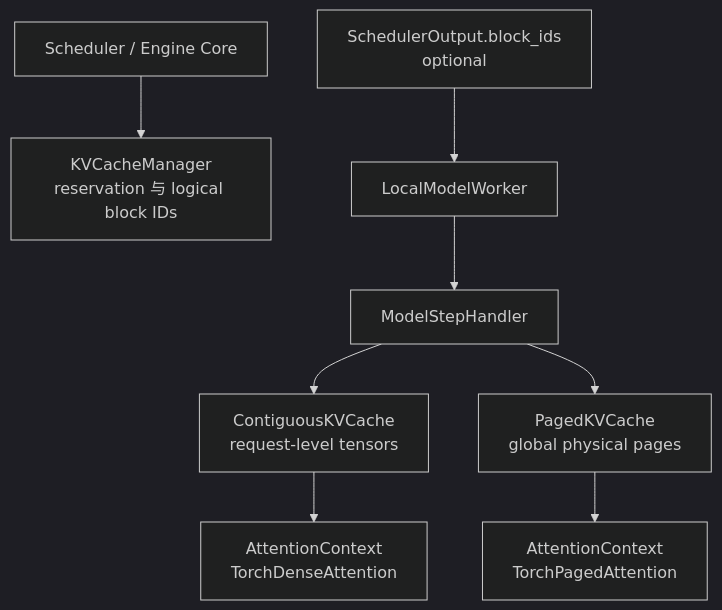
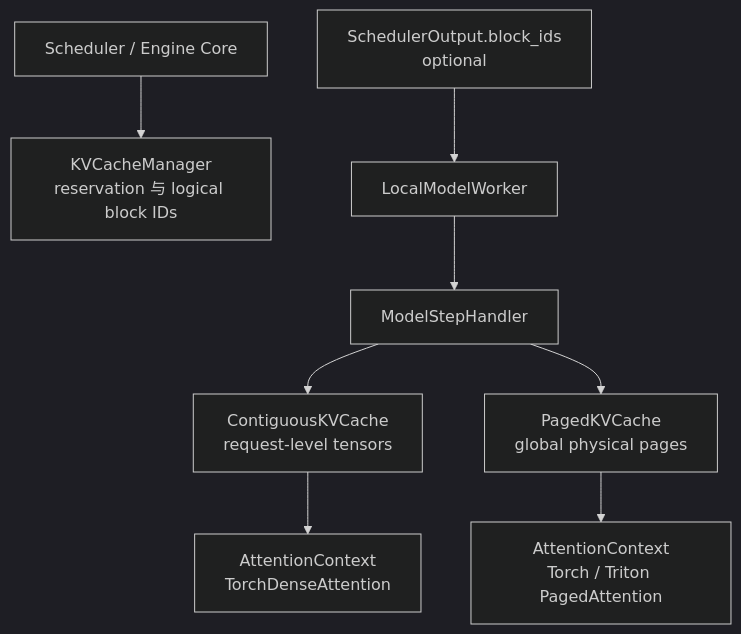
Before and after one commit to poorpaper/light-vllm: the second of 3 diagrams in docs/architecture.md, drawn with Mermaid (dark theme). The commit also changed other lines of this file and 3 other files, not shown here.

Commit message:
docs: describe optional Triton attention backend

````diff
--- a/docs/architecture.md
+++ b/docs/architecture.md
@@ -147,10 +148,10 @@
 ```mermaid
 flowchart TB
     Scheduler["Scheduler / Engine Core"] --> Logical["KVCacheManager<br/>reservation 与 logical block IDs"]
     Output["SchedulerOutput.block_ids<br/>optional"] --> Worker["LocalModelWorker"]
     Worker --> Step["ModelStepHandler"]
     Step --> Contiguous["ContiguousKVCache<br/>request-level tensors"]
     Step --> Paged["PagedKVCache<br/>global physical pages"]
     Contiguous --> Dense["AttentionContext<br/>TorchDenseAttention"]
-    Paged --> PagedAttention["AttentionContext<br/>TorchPagedAttention"]
+    Paged --> PagedAttention["AttentionContext<br/>Torch / Triton PagedAttention"]
 ```
````
